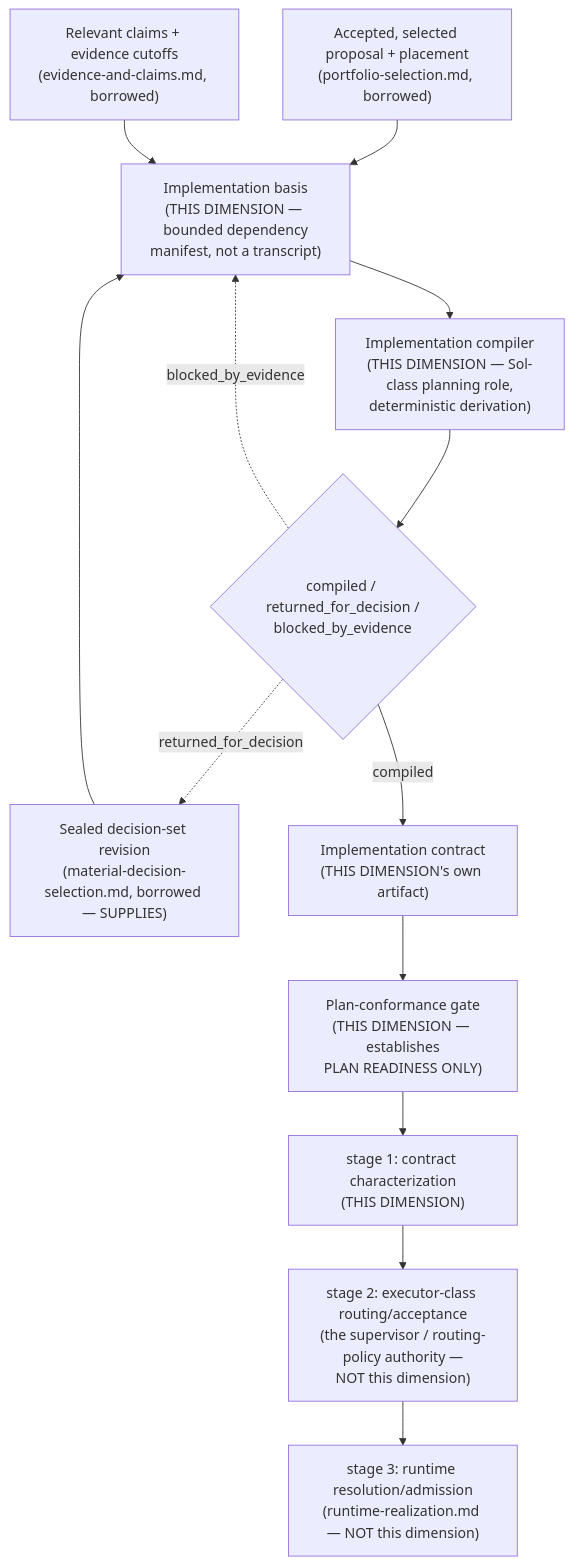
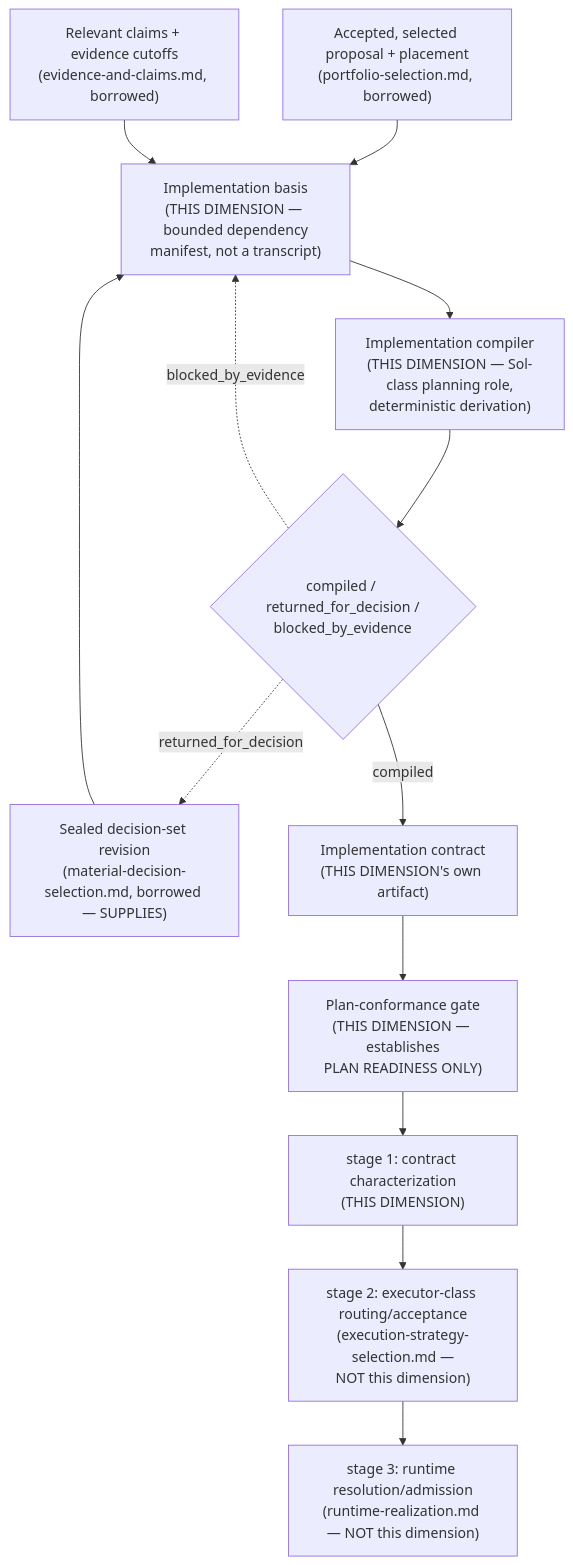
The diagram in app-server/docs/architecture/implementation-contract-compilation.md (bline/work-engine), drawn with Mermaid before and after one commit. The commit also changed other lines of this file and 10 other files, not shown here.

````diff
--- a/app-server/docs/architecture/implementation-contract-compilation.md
+++ b/app-server/docs/architecture/implementation-contract-compilation.md
@@ -32,28 +31,28 @@
 ```mermaid
 flowchart TB
     PROP["Accepted, selected proposal + placement<br/>(portfolio-selection.md, borrowed)"]
     DSET["Sealed decision-set revision<br/>(material-decision-selection.md, borrowed — SUPPLIES)"]
     CLAIMS["Relevant claims + evidence cutoffs<br/>(evidence-and-claims.md, borrowed)"]
 
     BASIS["Implementation basis<br/>(THIS DIMENSION — bounded dependency<br/>manifest, not a transcript)"]
 
     COMP["Implementation compiler<br/>(THIS DIMENSION — Sol-class planning role,<br/>deterministic derivation)"]
 
     OUT{"compiled / returned_for_decision /<br/>blocked_by_evidence"}
 
     CONTRACT["Implementation contract<br/>(THIS DIMENSION's own artifact)"]
 
     GATE["Plan-conformance gate<br/>(THIS DIMENSION — establishes<br/>PLAN READINESS ONLY)"]
 
     S1["stage 1: contract characterization<br/>(THIS DIMENSION)"]
-    S2["stage 2: executor-class routing/acceptance<br/>(the supervisor / routing-policy authority —<br/>NOT this dimension)"]
+    S2["stage 2: executor-class routing/acceptance<br/>(execution-strategy-selection.md —<br/>NOT this dimension)"]
     S3["stage 3: runtime resolution/admission<br/>(runtime-realization.md — NOT this dimension)"]
 
     PROP --> BASIS
     DSET --> BASIS
     CLAIMS --> BASIS
     BASIS --> COMP --> OUT
     OUT -->|compiled| CONTRACT --> GATE --> S1 --> S2 --> S3
     OUT -.->|returned_for_decision| DSET
     OUT -.->|blocked_by_evidence| BASIS
 ```
````
